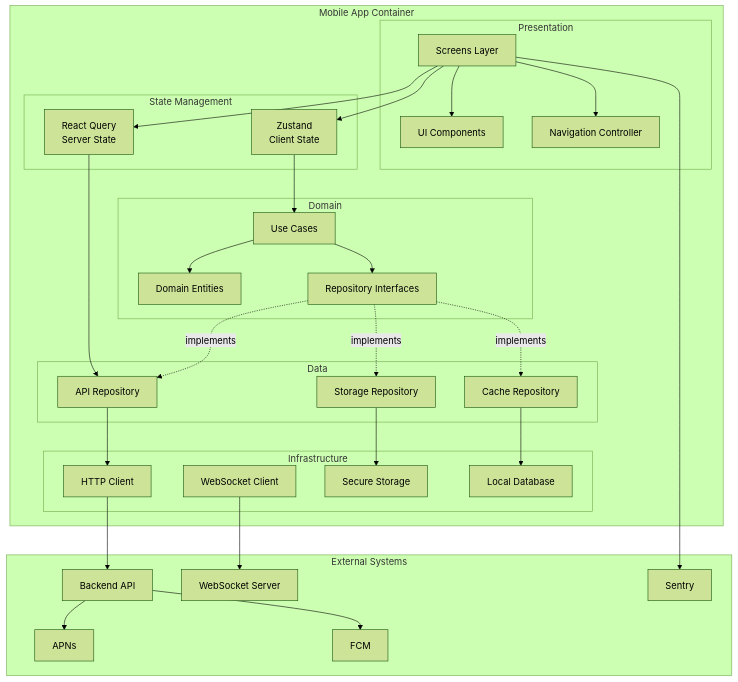
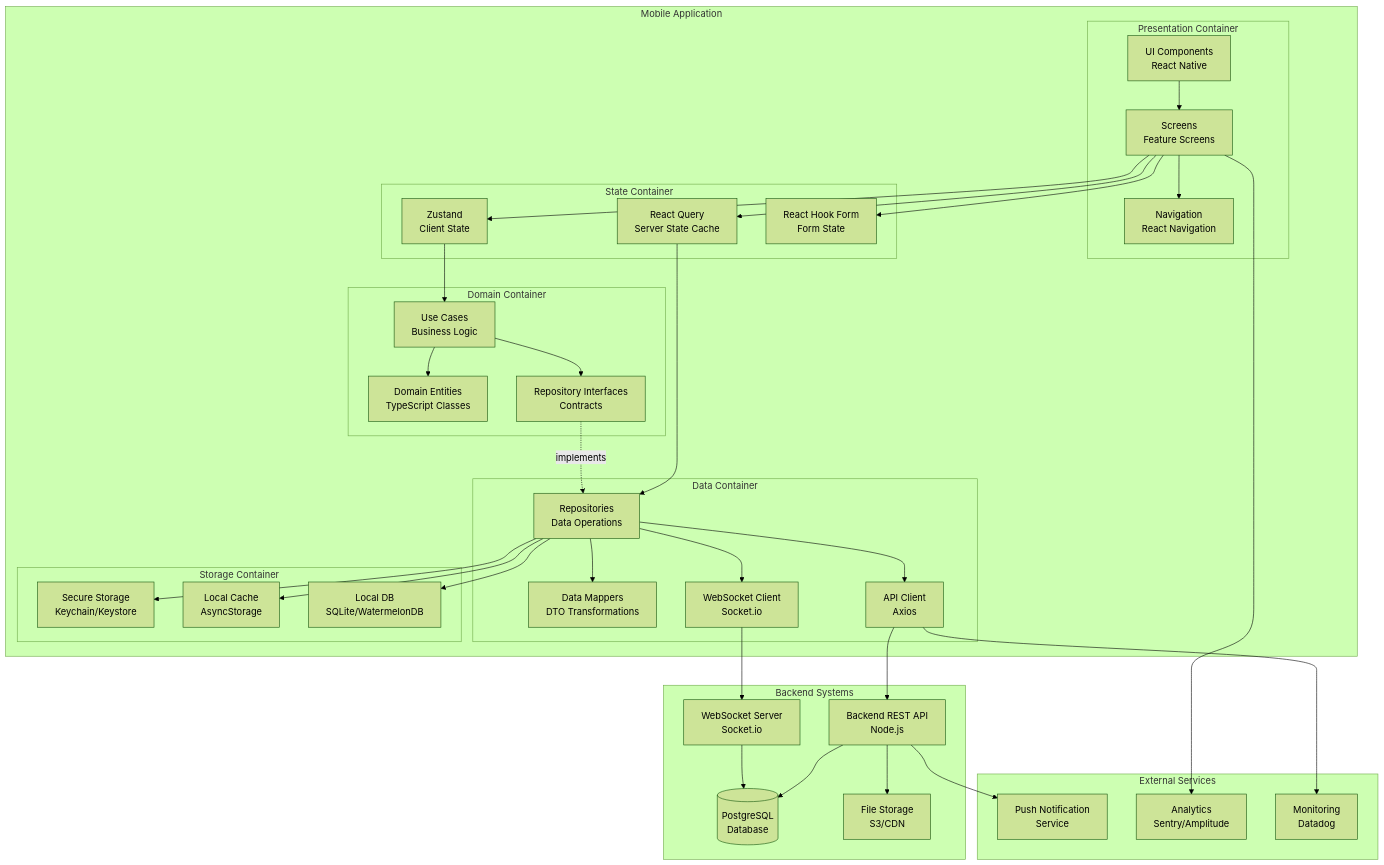
One commit to vovkins/agents-react-native-experiment changed the second of 9 diagrams in docs/system-design.md. Above: the diagram before and after it, drawn with Mermaid (forest theme). The commit also changed other lines of this file, not shown here.

````diff
--- a/docs/system-design.md
+++ b/docs/system-design.md
@@ -108,69 +120,77 @@
 ```mermaid
 graph TB
-    subgraph "Mobile App Container"
-        subgraph "Presentation"
-            Screens[Screens Layer]
-            Components[UI Components]
-            Navigation[Navigation Controller]
+    subgraph "Mobile Application"
+        subgraph "Presentation Container"
+            UI[UI Components<br/>React Native]
+            Nav[Navigation<br/>React Navigation]
+            Screens[Screens<br/>Feature Screens]
         end
         
-        subgraph "State Management"
-            ReactQuery[React Query<br/>Server State]
+        subgraph "State Container"
+            RQ[React Query<br/>Server State Cache]
             Zustand[Zustand<br/>Client State]
+            Forms[React Hook Form<br/>Form State]
         end
         
-        subgraph "Domain"
-            Entities[Domain Entities]
-            UseCases[Use Cases]
-            Repos[Repository Interfaces]
+        subgraph "Domain Container"
+            Entities[Domain Entities<br/>TypeScript Classes]
+            UseCases[Use Cases<br/>Business Logic]
+            RepoInterfaces[Repository Interfaces<br/>Contracts]
         end
         
-        subgraph "Data"
-            APIRepo[API Repository]
-            CacheRepo[Cache Repository]
-            StorageRepo[Storage Repository]
+        subgraph "Data Container"
+            Repos[Repositories<br/>Data Operations]
+            Mappers[Data Mappers<br/>DTO Transformations]
+            API[API Client<br/>Axios]
+            WSC[WebSocket Client<br/>Socket.io]
         end
         
-        subgraph "Infrastructure"
-            HTTPClient[HTTP Client]
-            WSClient[WebSocket Client]
-            SecureStore[Secure Storage]
-            LocalDB[Local Database]
+        subgraph "Storage Container"
+            SecureStore[Secure Storage<br/>Keychain/Keystore]
+            Cache[Local Cache<br/>AsyncStorage]
+            DB[Local DB<br/>SQLite/WatermelonDB]
         end
     end
     
-    subgraph "External Systems"
-        Backend[Backend API]
-        WSServer[WebSocket Server]
-        APNS[APNs]
-        FCM[FCM]
-        Sentry[Sentry]
+    subgraph "Backend Systems"
+        BackendAPI[Backend REST API<br/>Node.js]
+        WSServer[WebSocket Server<br/>Socket.io]
+        Database[(PostgreSQL<br/>Database)]
+        FileStorage[File Storage<br/>S3/CDN]
     end
     
-    Screens --> Components
-    Screens --> Navigation
-    Screens --> ReactQuery
+    subgraph "External Services"
+        PushService[Push Notification<br/>Service]
+        Analytics[Analytics<br/>Sentry/Amplitude]
+        Monitoring[Monitoring<br/>Datadog]
+    end
+    
+    UI --> Screens
+    Screens --> Nav
+    Screens --> RQ
     Screens --> Zustand
+    Screens --> Forms
     
-    ReactQuery --> APIRepo
+    RQ --> Repos
     Zustand --> UseCases
+    UseCases --> Entities
+    UseCases --> RepoInterfaces
     
-    UseCases --> Entities
-    UseCases --> Repos
+    RepoInterfaces -.->|implements| Repos
+    Repos --> API
+    Repos --> WSC
+    Repos --> Mappers
+    Repos --> SecureStore
+    Repos --> Cache
+    Repos --> DB
     
-    Repos -.->|implements| APIRepo
-    Repos -.->|implements| CacheRepo
-    Repos -.->|implements| StorageRepo
+    API --> BackendAPI
+    WSC --> WSServer
+    BackendAPI --> Database
+    WSServer --> Database
+    BackendAPI --> FileStorage
     
-    APIRepo --> HTTPClient
-    CacheRepo --> LocalDB
-    StorageRepo --> SecureStore
-    
-    HTTPClient --> Backend
-    WSClient --> WSServer
-    
-    Backend --> APNS
-    Backend --> FCM
-    
-    Screens --> Sentry
+    BackendAPI --> PushService
+    Screens --> Analytics
+    API --> Monitoring
 ```
````
